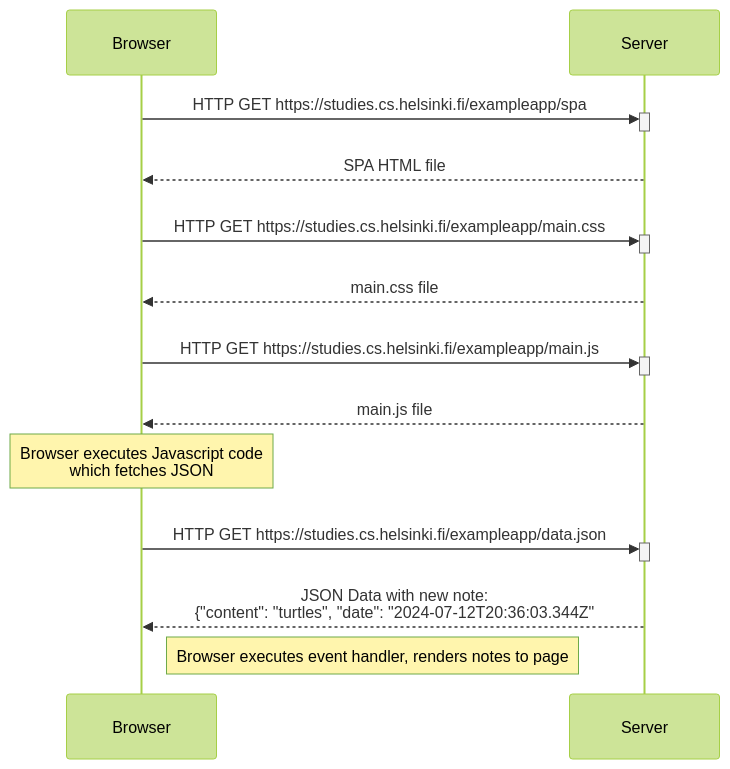
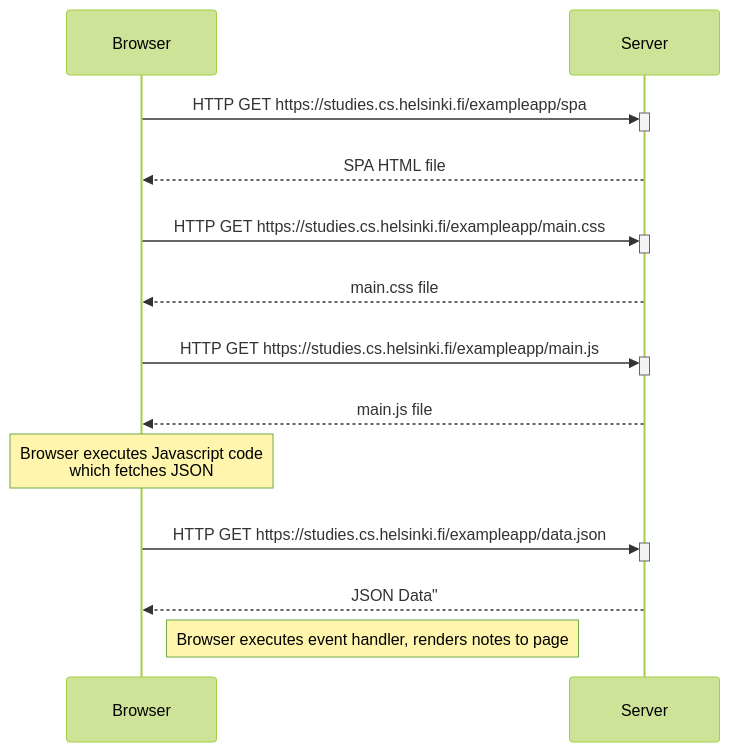
One commit to TheMatthewBe/FullStack-Open changed the diagram in part0/0.5-SPA_Diagram.md. Above: the diagram before and after it, drawn with Mermaid (forest theme).

````diff
--- a/part0/0.5-SPA_Diagram.md
+++ b/part0/0.5-SPA_Diagram.md
@@ -1,19 +1,19 @@
 ```mermaid
 sequenceDiagram
     Participant A as Browser
     Participant B as Server
     A->>+B: HTTP GET https://studies.cs.helsinki.fi/exampleapp/spa
     Deactivate B
     B-->>A: <br>SPA HTML file
     A->>+B: <br>HTTP GET https://studies.cs.helsinki.fi/exampleapp/main.css
     Deactivate B
     B-->>A: <br>main.css file
     A->>+B: <br>HTTP GET https://studies.cs.helsinki.fi/exampleapp/main.js
     Deactivate B
     B-->>A: <br>main.js file
     Note over A: Browser executes Javascript code<br>which fetches JSON
     A->>+B: <br>HTTP GET https://studies.cs.helsinki.fi/exampleapp/data.json
     Deactivate B
-    B-->>A: <br>JSON Data with new note:<br>{"content": "turtles", "date": "2024-07-12T20:36:03.344Z"
+    B-->>A: <br>JSON Data"
     Note right of A: Browser executes event handler, renders notes to page
 ```
````
